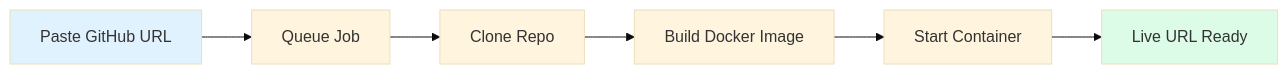
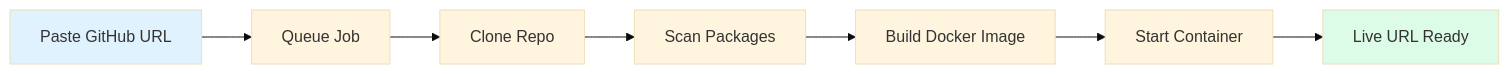
The first of 10 diagrams in docs/HOW-IT-WORKS.md (kpndevrootentri/dropdeploy), drawn with Mermaid (base theme) before and after one commit. The commit also changed other lines of this file and 23 other files, not shown here.

````diff
--- a/docs/HOW-IT-WORKS.md
+++ b/docs/HOW-IT-WORKS.md
@@ -12,11 +13,12 @@
 ```mermaid
 graph LR
     A[Paste GitHub URL] --> B[Queue Job]
     B --> C[Clone Repo]
-    C --> D[Build Docker Image]
-    D --> E[Start Container]
-    E --> F[Live URL Ready]
+    C --> D[Scan Packages]
+    D --> E[Build Docker Image]
+    E --> F[Start Container]
+    F --> G[Live URL Ready]
 
     style A fill:#e0f2fe
-    style F fill:#dcfce7
+    style G fill:#dcfce7
 ```
````
